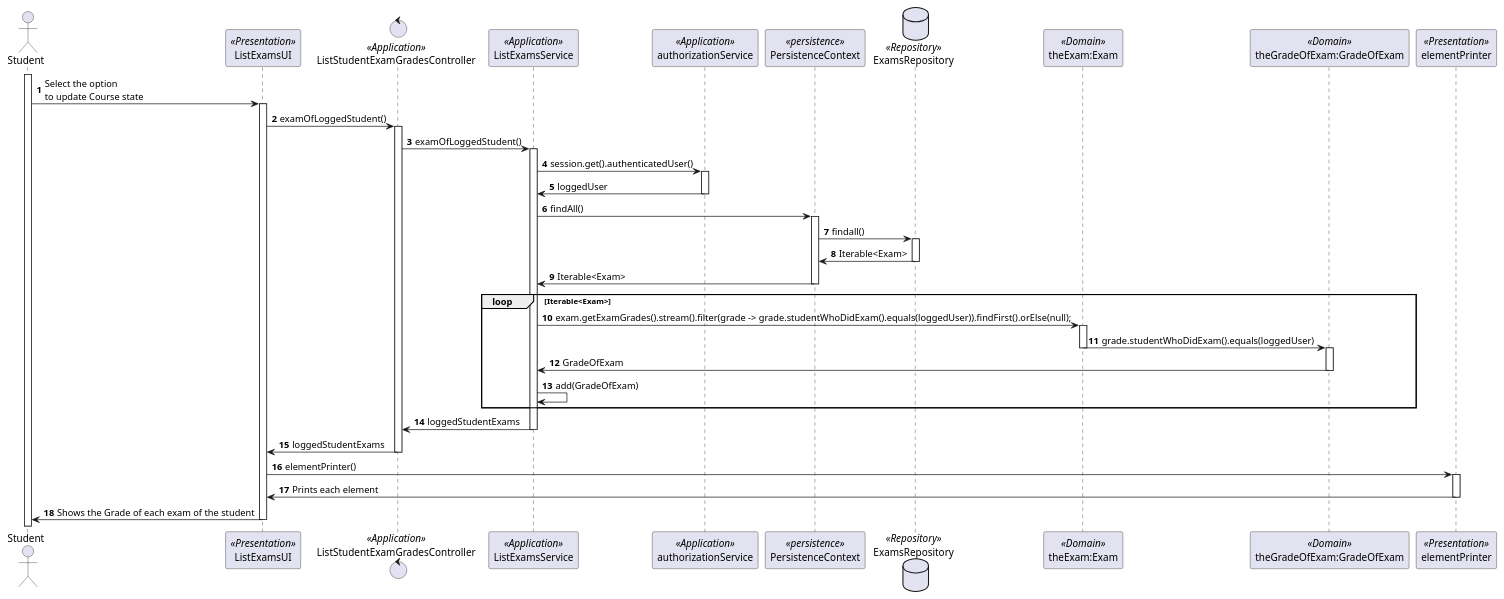
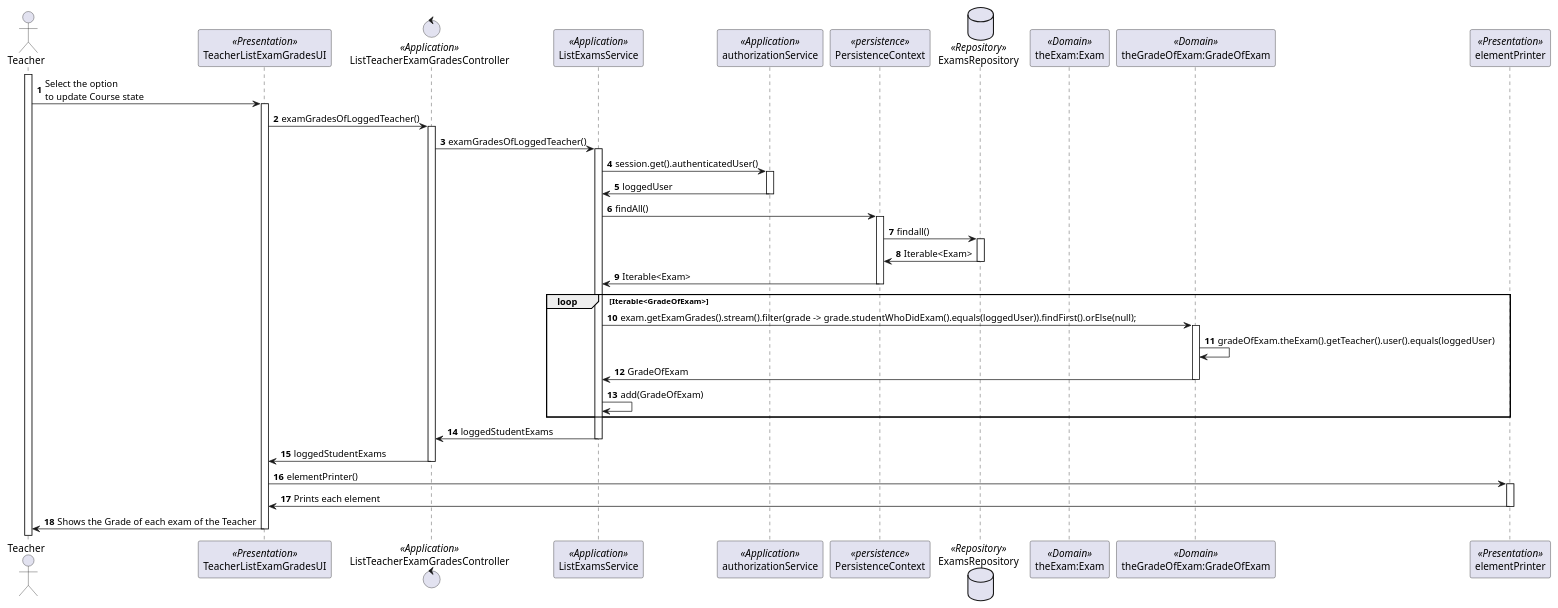
One commit to mascenso/isep-sem4-lapr4 changed the diagram in docs/SPRINT C/US2006 - Teacher List Grades/US2006-SD.puml. Above: the diagram before and after it, drawn with PlantUML. The commit also changed 5 other files, not shown here.

```diff
--- a/docs/SPRINT C/US2006 - Teacher List Grades/US2006-SD.puml
+++ b/docs/SPRINT C/US2006 - Teacher List Grades/US2006-SD.puml
@@ -1,58 +1,56 @@
 @startuml
 'https://plantuml.com/sequence-diagram
 
 autonumber
 
-actor Student as Actor
+actor Teacher as Actor
 activate Actor
-participant ListExamsUI as UI <<Presentation>>
-control ListStudentExamGradesController as Controller <<Application>>
+participant TeacherListExamGradesUI as UI <<Presentation>>
+control ListTeacherExamGradesController as Controller <<Application>>
 participant ListExamsService as Service <<Application>>
 participant authorizationService as AuthService <<Application>>
 participant PersistenceContext as Persistence <<persistence>>
 database ExamsRepository as Repository <<Repository>>
 participant "theExam:Exam" as Exam <<Domain>>
 participant "theGradeOfExam:GradeOfExam" as GradeOfExam <<Domain>>
 participant elementPrinter as Printer <<Presentation>>
 
 Actor -> UI: Select the option \nto update Course state
 activate UI
-UI -> Controller: examOfLoggedStudent()
+UI -> Controller: examGradesOfLoggedTeacher()
 activate Controller
-Controller -> Service: examOfLoggedStudent()
+Controller -> Service: examGradesOfLoggedTeacher()
 activate Service
 Service -> AuthService: session.get().authenticatedUser()
 activate AuthService
 AuthService -> Service: loggedUser
 deactivate AuthService
 Service -> Persistence: findAll()
 activate Persistence
 Persistence -> Repository: findall()
 activate Repository
 Repository -> Persistence: Iterable<Exam>
 deactivate Repository
 Persistence -> Service: Iterable<Exam>
 deactivate Persistence
-    loop Iterable<Exam>
-        Service -> Exam: exam.getExamGrades().stream().filter(grade -> grade.studentWhoDidExam().equals(loggedUser)).findFirst().orElse(null);
-        activate Exam
-        Exam -> GradeOfExam: grade.studentWhoDidExam().equals(loggedUser)
-        deactivate Exam
+    loop Iterable<GradeOfExam>
+        Service -> GradeOfExam: exam.getExamGrades().stream().filter(grade -> grade.studentWhoDidExam().equals(loggedUser)).findFirst().orElse(null);
         activate GradeOfExam
+        GradeOfExam -> GradeOfExam: gradeOfExam.theExam().getTeacher().user().equals(loggedUser)
         GradeOfExam -> Service: GradeOfExam
         deactivate GradeOfExam
         Service -> Service: add(GradeOfExam)
     end
 Service -> Controller: loggedStudentExams
 deactivate Service
 Controller -> UI: loggedStudentExams
 deactivate Controller
 UI -> Printer: elementPrinter()
 activate Printer
 Printer -> UI: Prints each element
 deactivate Printer
-UI -> Actor: Shows the Grade of each exam of the student
+UI -> Actor: Shows the Grade of each exam of the Teacher
 deactivate UI
 
 
 @enduml
```
